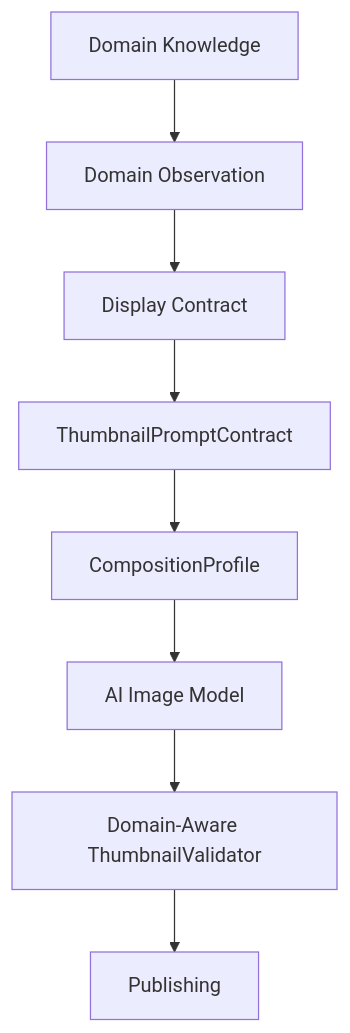
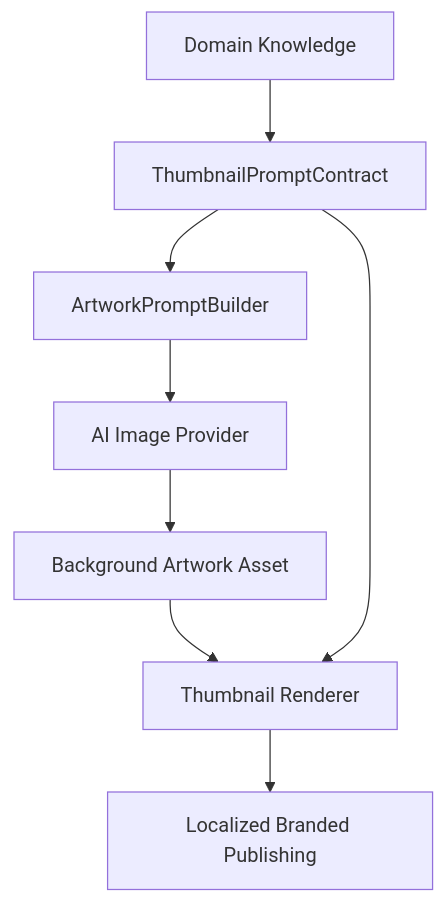
The fourth of 4 diagrams in docs/product/ThumbnailArchitecture.md (Sanjay-pujari/AstronomyVideoGeneration), drawn with Mermaid before and after one commit. The commit also changed other lines of this file and 2 other files, not shown here.

Commit message:
docs: update thumbnail artwork architecture

````diff
--- a/docs/product/ThumbnailArchitecture.md
+++ b/docs/product/ThumbnailArchitecture.md
@@ -246,10 +250,10 @@
 ```mermaid
 flowchart TD
-    DomainKnowledge[Domain Knowledge] --> DomainObservation[Domain Observation]
-    DomainObservation --> DisplayContract[Display Contract]
-    DisplayContract --> PromptContract[ThumbnailPromptContract]
-    PromptContract --> Profile[CompositionProfile]
-    Profile --> ImageModel[AI Image Model]
-    ImageModel --> Validator[Domain-Aware ThumbnailValidator]
-    Validator --> Publish[Publishing]
+    DomainKnowledge[Domain Knowledge] --> PromptContract[ThumbnailPromptContract]
+    PromptContract --> ArtworkBuilder[ArtworkPromptBuilder]
+    ArtworkBuilder --> ImageProvider[AI Image Provider]
+    ImageProvider --> Artwork[Background Artwork Asset]
+    Artwork --> Renderer[Thumbnail Renderer]
+    PromptContract --> Renderer
+    Renderer --> Publish[Localized Branded Publishing]
 ```
````
